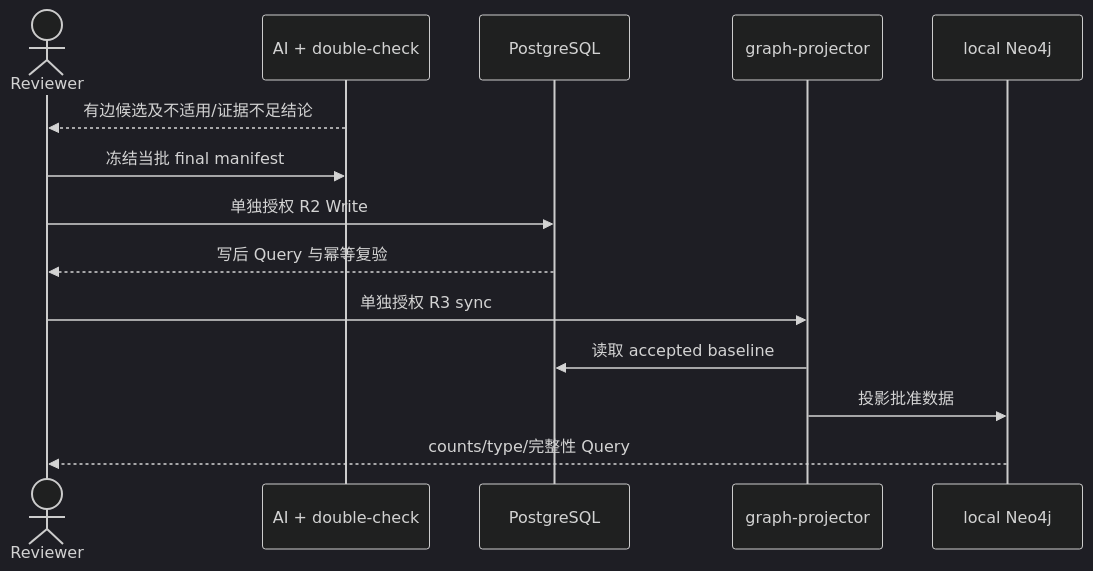
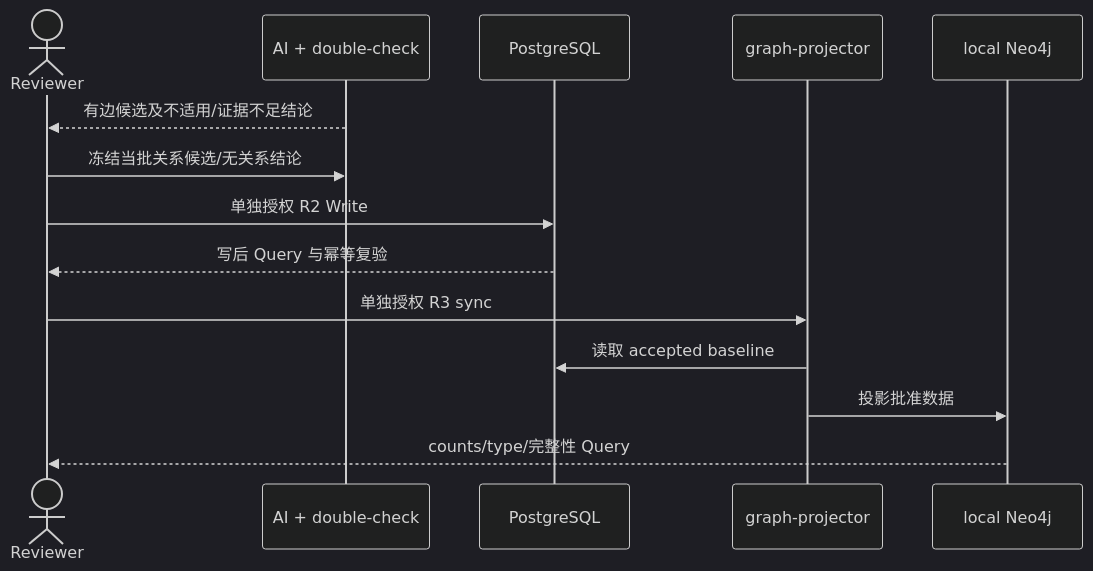
The second of 2 diagrams in openspec/changes/rebuild-foundation-graph-and-enrich-chain-data/design.md (meierlink88/tidewise-ai), drawn with Mermaid (dark theme) before and after one commit. The commit also changed other lines of this file and 4 other files, not shown here.

````diff
--- a/openspec/changes/rebuild-foundation-graph-and-enrich-chain-data/design.md
+++ b/openspec/changes/rebuild-foundation-graph-and-enrich-chain-data/design.md
@@ -82,16 +81,16 @@
 ```mermaid
 sequenceDiagram
     actor Reviewer as Reviewer
     participant Analysis as AI + double-check
     participant PG as PostgreSQL
     participant Projector as graph-projector
     participant Neo as local Neo4j
     Analysis-->>Reviewer: 有边候选及不适用/证据不足结论
-    Reviewer->>Analysis: 冻结当批 final manifest
+    Reviewer->>Analysis: 冻结当批关系候选/无关系结论
     Reviewer->>PG: 单独授权 R2 Write
     PG-->>Reviewer: 写后 Query 与幂等复验
     Reviewer->>Projector: 单独授权 R3 sync
     Projector->>PG: 读取 accepted baseline
     Projector->>Neo: 投影批准数据
     Neo-->>Reviewer: counts/type/完整性 Query
 ```
````
